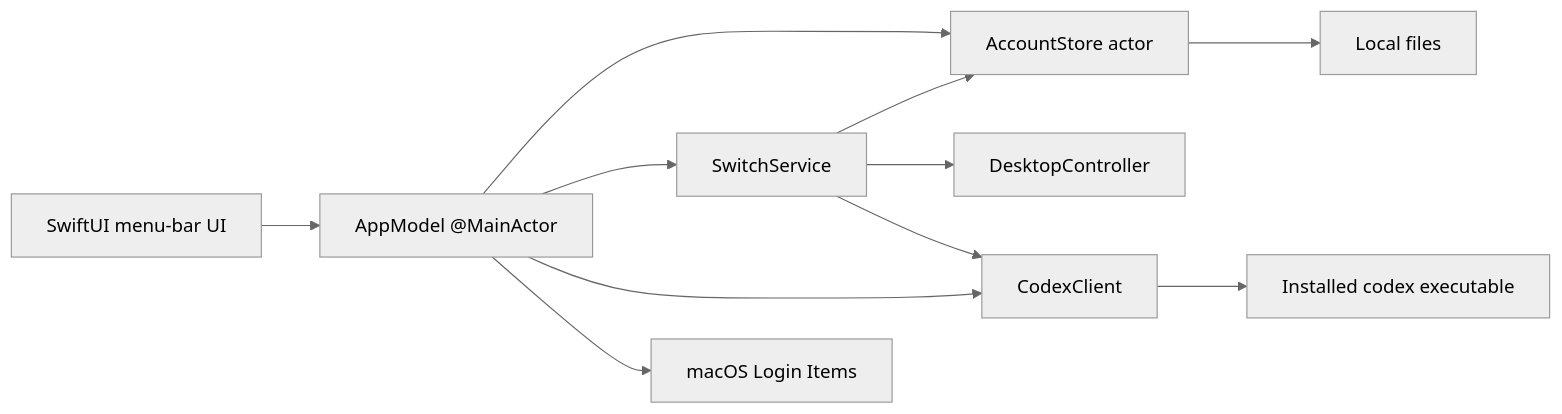
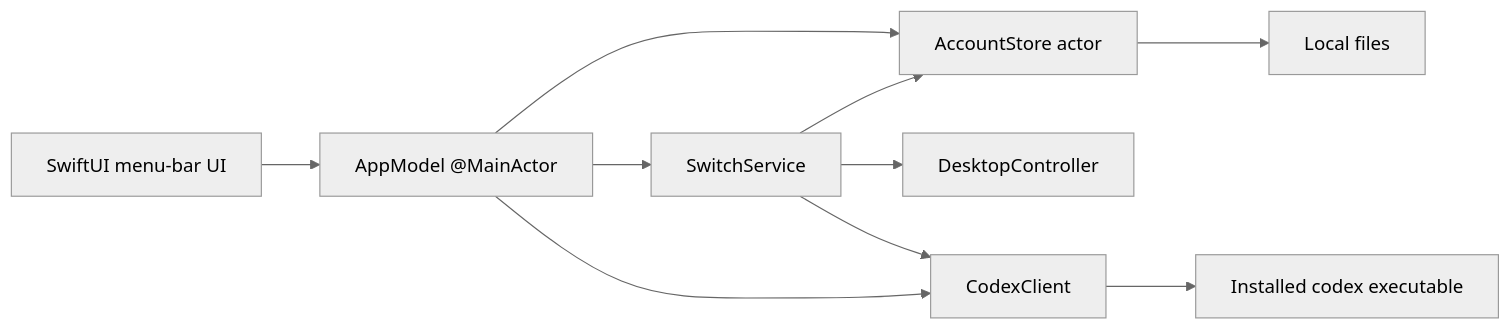
One commit to udit19199/relay changed the first of 3 diagrams in notch/docs/system-design.md. Above: the diagram before and after it, drawn with Mermaid (neutral theme). The commit also changed other lines of this file and 20 other files, not shown here.

````diff
--- a/notch/docs/system-design.md
+++ b/notch/docs/system-design.md
@@ -67,22 +66,20 @@
 ```mermaid
 flowchart LR
     UI[SwiftUI menu-bar UI]
     VM[AppModel @MainActor]
     Store[AccountStore actor]
     Switch[SwitchService]
     Codex[CodexClient]
     Desktop[DesktopController]
-    Login[macOS Login Items]
     FS[Local files]
 
     UI --> VM
     VM --> Store
     VM --> Switch
     VM --> Codex
-    VM --> Login
     Switch --> Store
     Switch --> Desktop
     Switch --> Codex
     Store --> FS
     Codex --> CLI[Installed codex executable]
 ```
````
